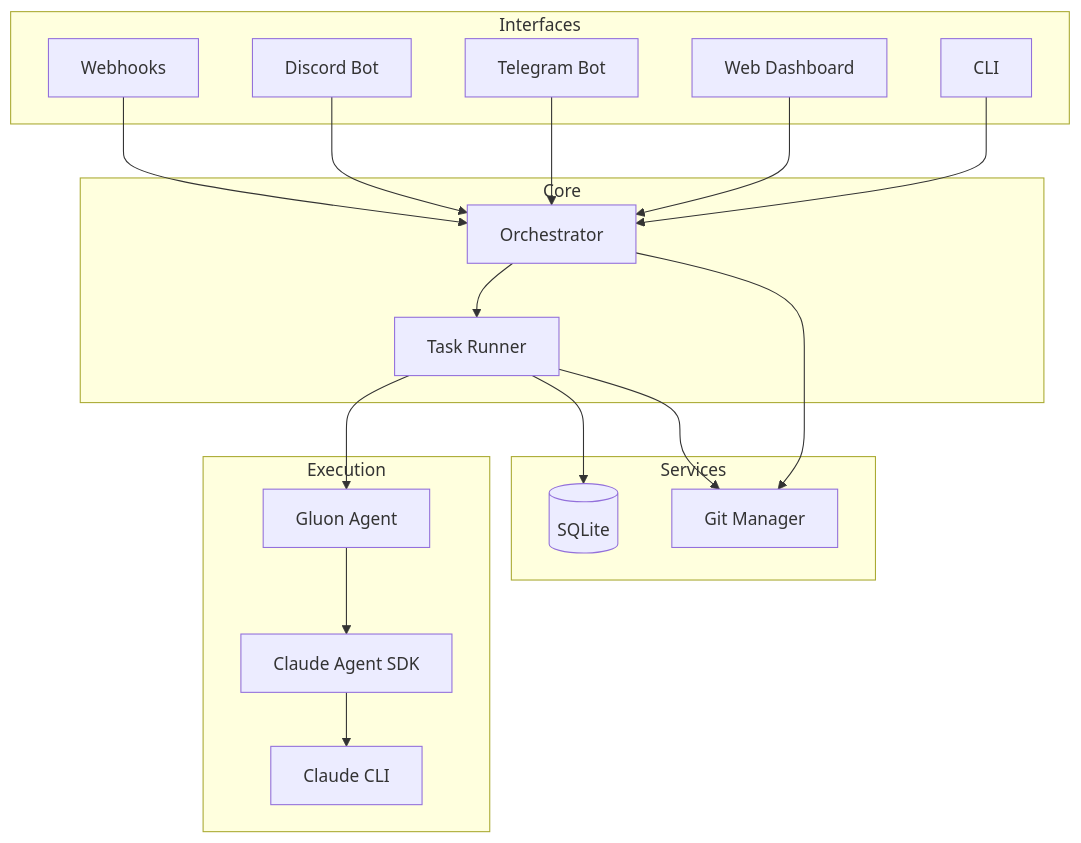
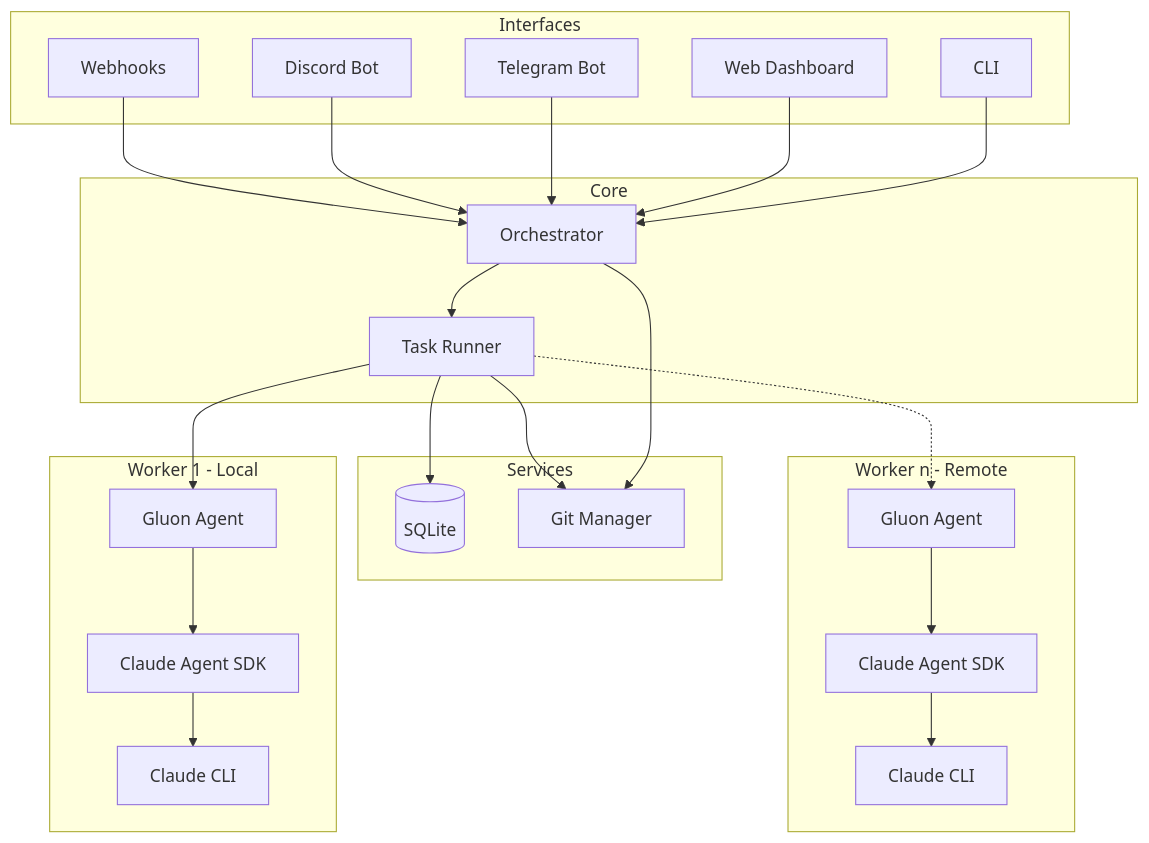
The diagram in README.md (carrotly-ai/gluon-agent), drawn with Mermaid before and after one commit.

Commit message:
docs: show multiple worker instances (1...n) in architecture diagram
- Add Worker 1 (Local) and Worker n (Remote) execution blocks
- Solid line to local worker, dashed line to remote workers
- Illustrates distributed execution capability

🤖 Generated with [Claude Code](https://claude.com/claude-code)

````diff
--- a/README.md
+++ b/README.md
@@ -186,41 +186,51 @@
 ```mermaid
 graph TB
     subgraph Interfaces
         CLI[CLI]
         WEB[Web Dashboard]
         TG[Telegram Bot]
         DC[Discord Bot]
         WH[Webhooks]
     end
 
     subgraph Core
         ORCH[Orchestrator]
         RUNNER[Task Runner]
     end
 
     subgraph Services
         STORE[(SQLite)]
         GIT[Git Manager]
     end
 
-    subgraph Execution
-        AGENT[Gluon Agent]
-        SDK[Claude Agent SDK]
-        CLAUDE[Claude CLI]
+    subgraph Worker1 [Worker 1 - Local]
+        AGENT1[Gluon Agent]
+        SDK1[Claude Agent SDK]
+        CLAUDE1[Claude CLI]
+    end
+
+    subgraph WorkerN [Worker n - Remote]
+        AGENTN[Gluon Agent]
+        SDKN[Claude Agent SDK]
+        CLAUDEN[Claude CLI]
     end
 
     CLI --> ORCH
     WEB --> ORCH
     TG --> ORCH
     DC --> ORCH
     WH --> ORCH
 
     ORCH --> RUNNER
     ORCH --> GIT
     RUNNER --> STORE
     RUNNER --> GIT
-    RUNNER --> AGENT
+    RUNNER --> AGENT1
+    RUNNER -.-> AGENTN
 
-    AGENT --> SDK
-    SDK --> CLAUDE
+    AGENT1 --> SDK1
+    SDK1 --> CLAUDE1
+
+    AGENTN --> SDKN
+    SDKN --> CLAUDEN
 ```
````
